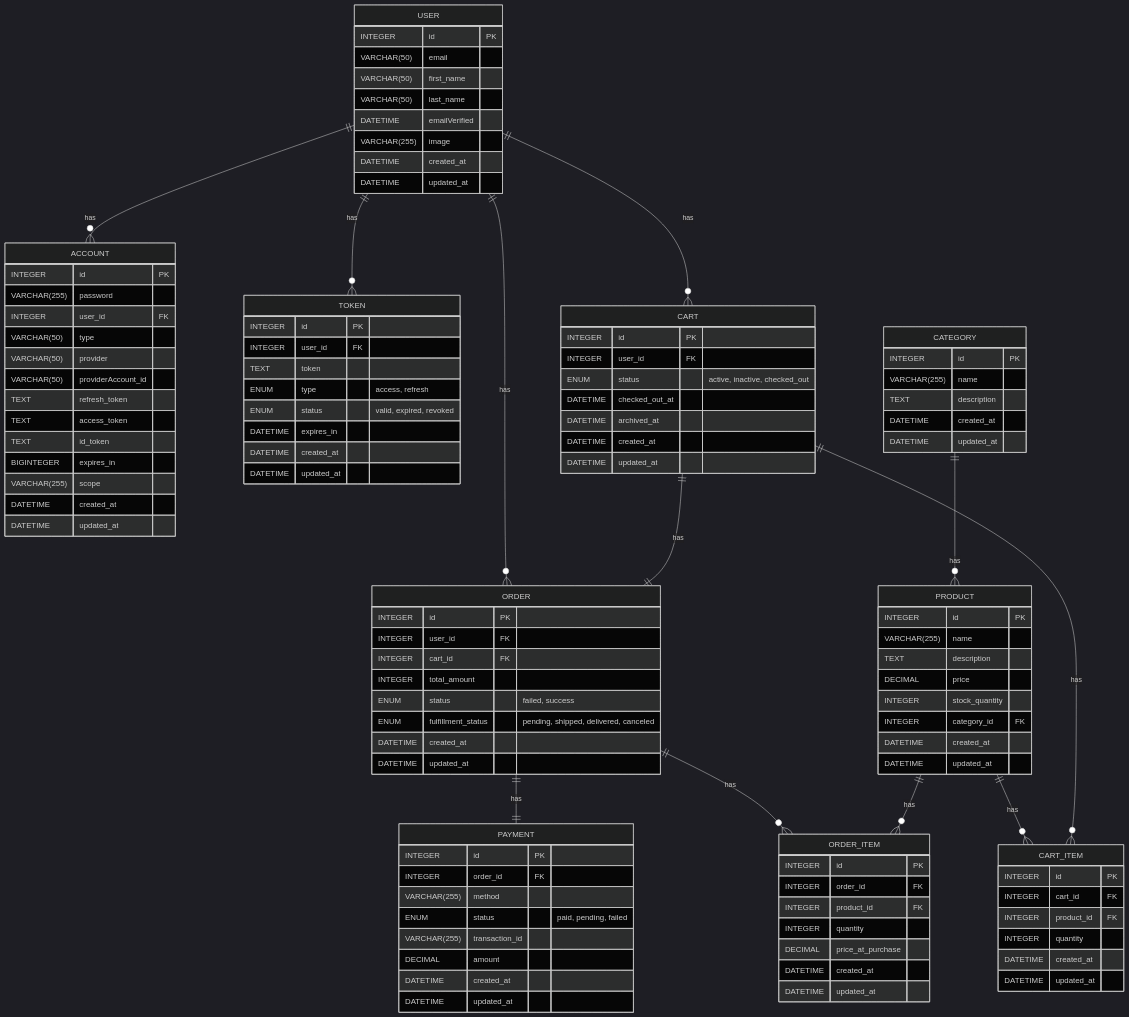
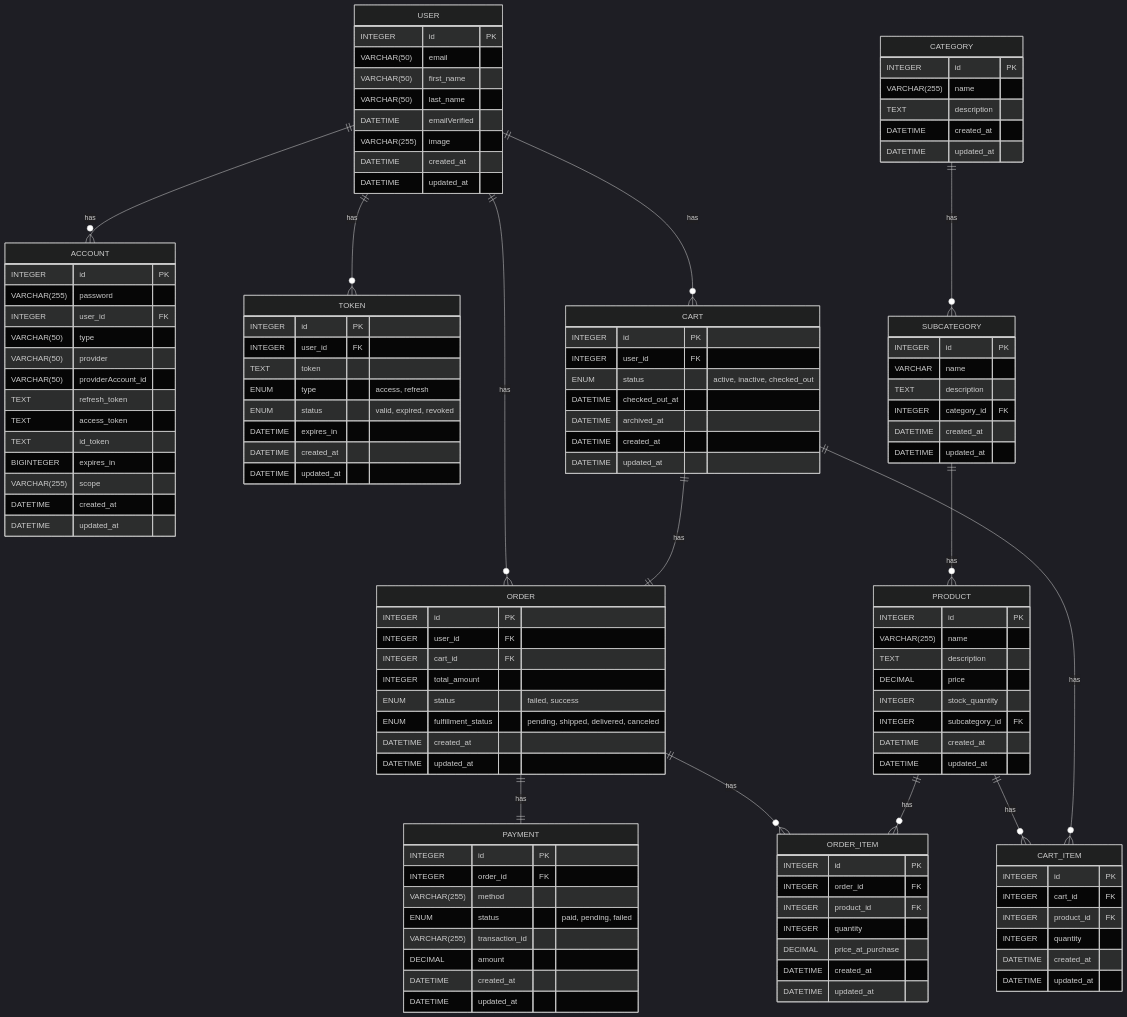
Before and after one commit to Al-Ghoul/E-CommerceAPI: the diagram in app/migrations/README.md, drawn with Mermaid. The commit also changed 1 other file, not shown here.

Commit message:
feat(Migrations): add sub category

```diff
--- a/app/migrations/README.md
+++ b/app/migrations/README.md
@@ -12,7 +12,8 @@
 USER ||--}o CART : has
 USER ||--}o ORDER : has
 
-CATEGORY ||--}o PRODUCT : has
+CATEGORY ||--o{ SUBCATEGORY : "has"
+SUBCATEGORY ||--o{ PRODUCT : "has"
 
 ORDER ||--|| PAYMENT : has
 ORDER ||--}o ORDER_ITEM : has
@@ -73,13 +74,23 @@
    DATETIME updated_at
 }
 
+SUBCATEGORY {
+    INTEGER id PK
+    VARCHAR name
+    TEXT description
+    INTEGER category_id FK
+    DATETIME created_at
+    DATETIME updated_at
+}
+
+
 PRODUCT {
    INTEGER id PK
    VARCHAR(255) name
    TEXT description
    DECIMAL price
    INTEGER stock_quantity
-   INTEGER category_id FK
+   INTEGER subcategory_id FK
    DATETIME created_at
    DATETIME updated_at
 }
```
